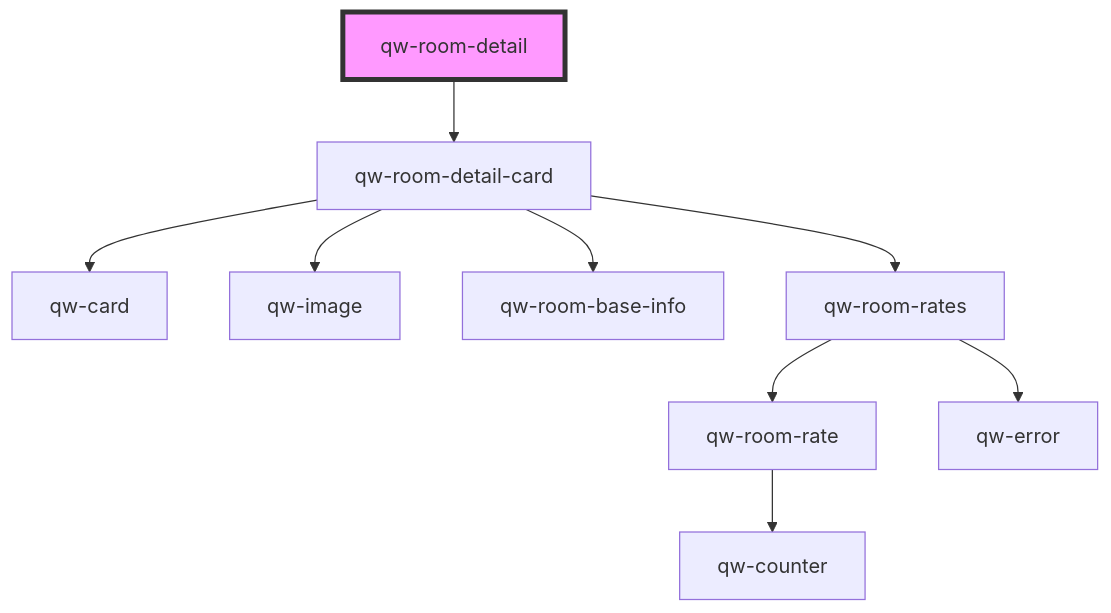
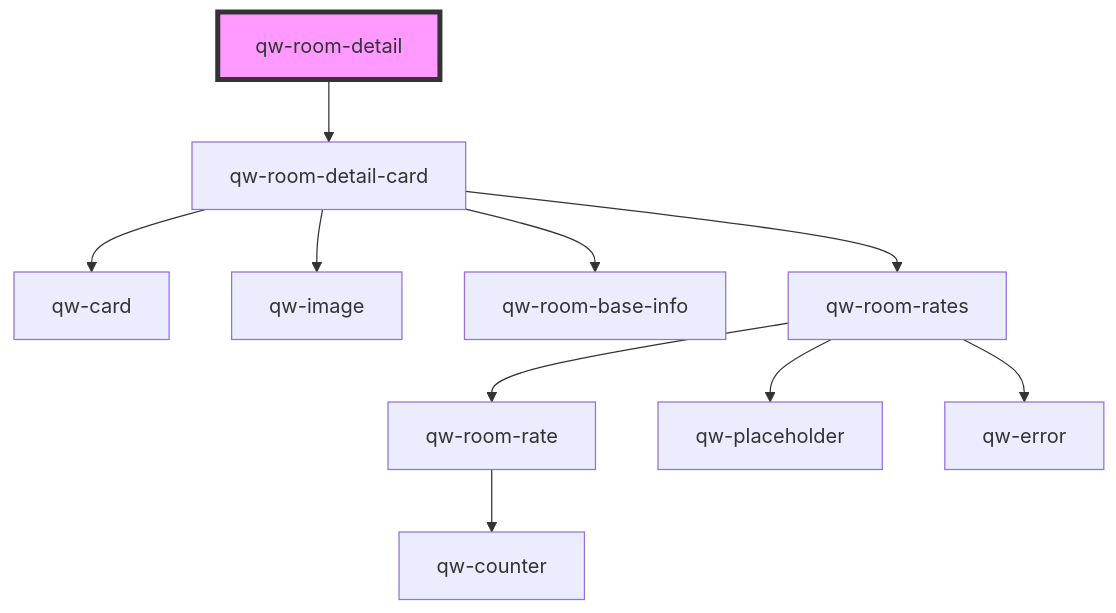
Before and after one commit to qwentes-team/qw-hotels: the diagram in src/components/qw-room-detail/readme.md, drawn with Mermaid. The commit also changed 9 other files, not shown here.

````diff
--- a/src/components/qw-room-detail/readme.md
+++ b/src/components/qw-room-detail/readme.md
@@ -31,12 +31,13 @@
 ```mermaid
 graph TD;
   qw-room-detail --> qw-room-detail-card
   qw-room-detail-card --> qw-card
   qw-room-detail-card --> qw-image
   qw-room-detail-card --> qw-room-base-info
   qw-room-detail-card --> qw-room-rates
   qw-room-rates --> qw-room-rate
+  qw-room-rates --> qw-placeholder
   qw-room-rates --> qw-error
   qw-room-rate --> qw-counter
   style qw-room-detail fill:#f9f,stroke:#333,stroke-width:4px
 ```
````
